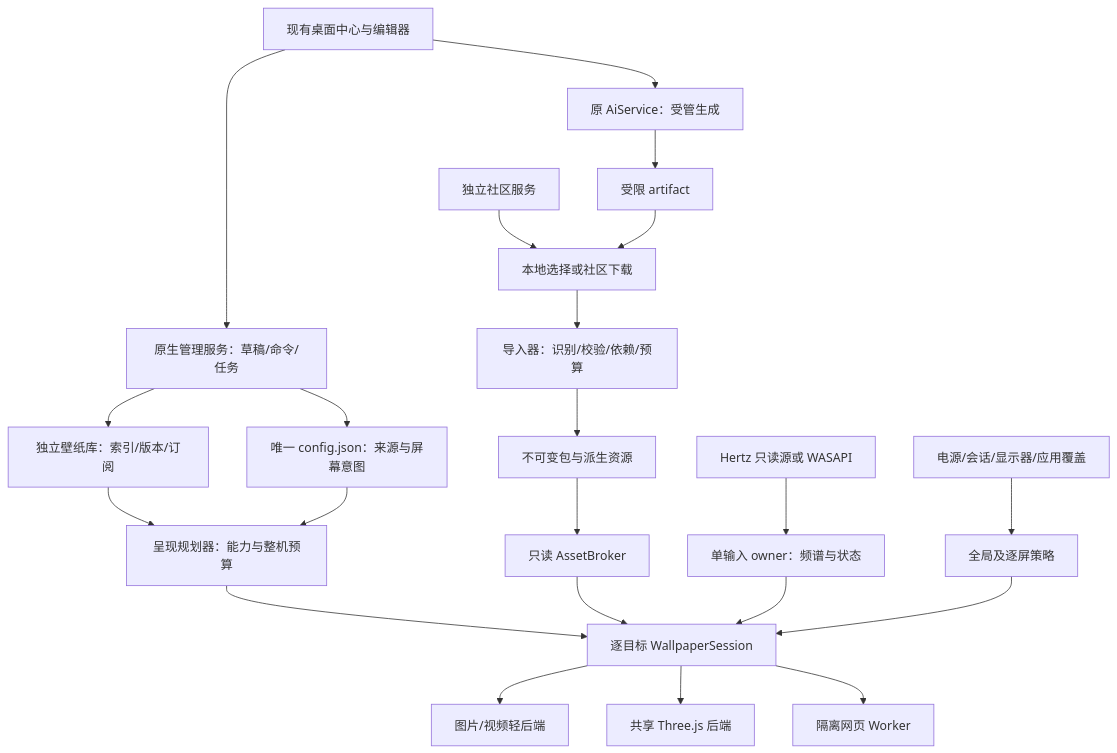
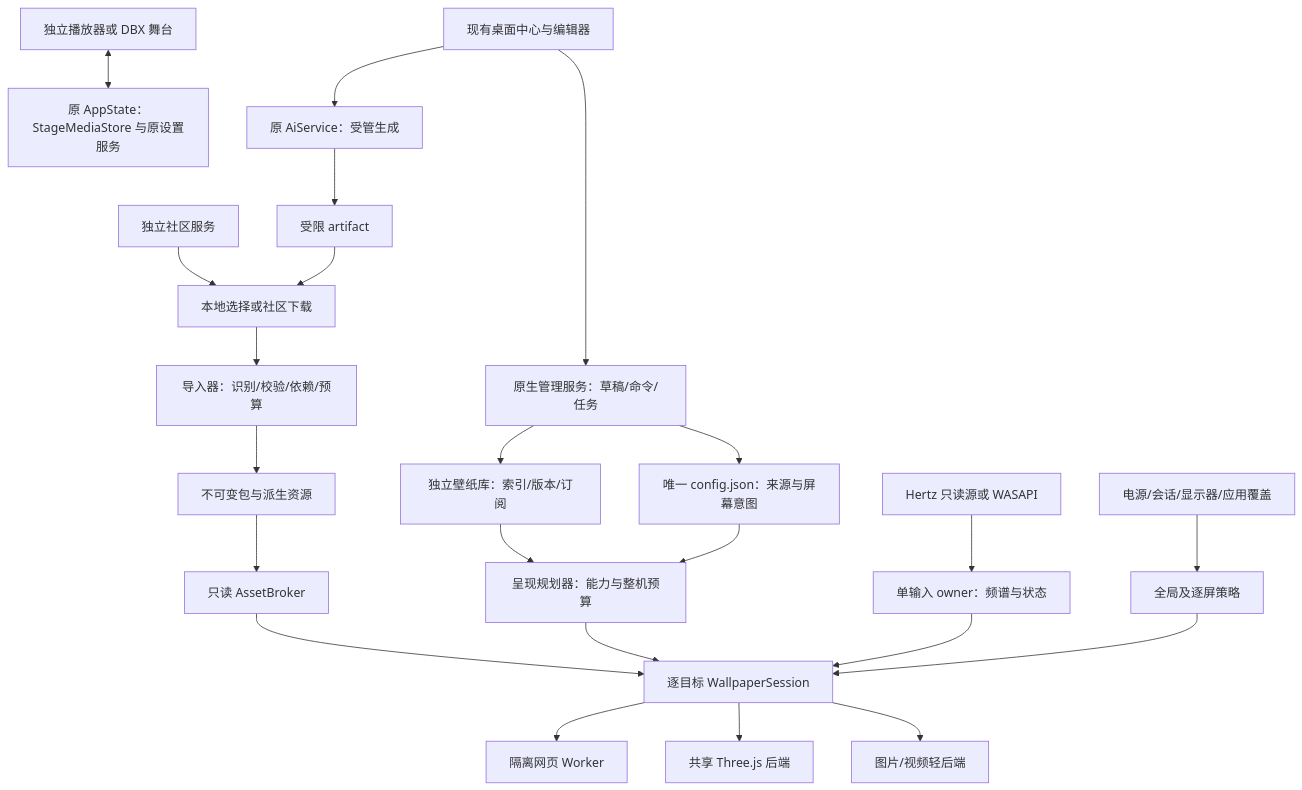
Before and after one commit to onceMisery/hertz-studio: the first of 3 diagrams in docs/desktop-wallpaper.md, drawn with Mermaid. The commit also changed other lines of this file and 88 other files, not shown here.

````diff
--- a/docs/desktop-wallpaper.md
+++ b/docs/desktop-wallpaper.md
@@ -89,24 +123,25 @@
 ```mermaid
 flowchart TB
   Center[现有桌面中心与编辑器] --> Control[原生管理服务：草稿/命令/任务]
   Control --> Config[唯一 config.json：来源与屏幕意图]
   Control --> Library[独立壁纸库：索引/版本/订阅]
   Import[本地选择或社区下载] --> Validate[导入器：识别/校验/依赖/预算]
   Validate --> Store[不可变包与派生资源]
   Library --> Planner[呈现规划器：能力与整机预算]
   Config --> Planner
   Planner --> Sessions[逐目标 WallpaperSession]
   Store --> Broker[只读 AssetBroker]
   Broker --> Sessions
   Sessions --> Light[图片/视频轻后端]
   Sessions --> GL[共享 Three.js 后端]
   Sessions --> Worker[隔离网页 Worker]
   Source[Hertz 只读源或 WASAPI] --> Inputs[单输入 owner：频谱与状态]
   Inputs --> Sessions
   Power[电源/会话/显示器/应用覆盖] --> Policy[全局及逐屏策略]
   Policy --> Sessions
   Hub[独立社区服务] --> Import
   Center --> AI[原 AiService：受管生成]
   AI --> Candidate[受限 artifact]
   Candidate --> Import
+  StageUi[独立播放器或 DBX 舞台] <--> StageMedia[原 AppState：StageMediaStore 与原设置服务]
 ```
````
